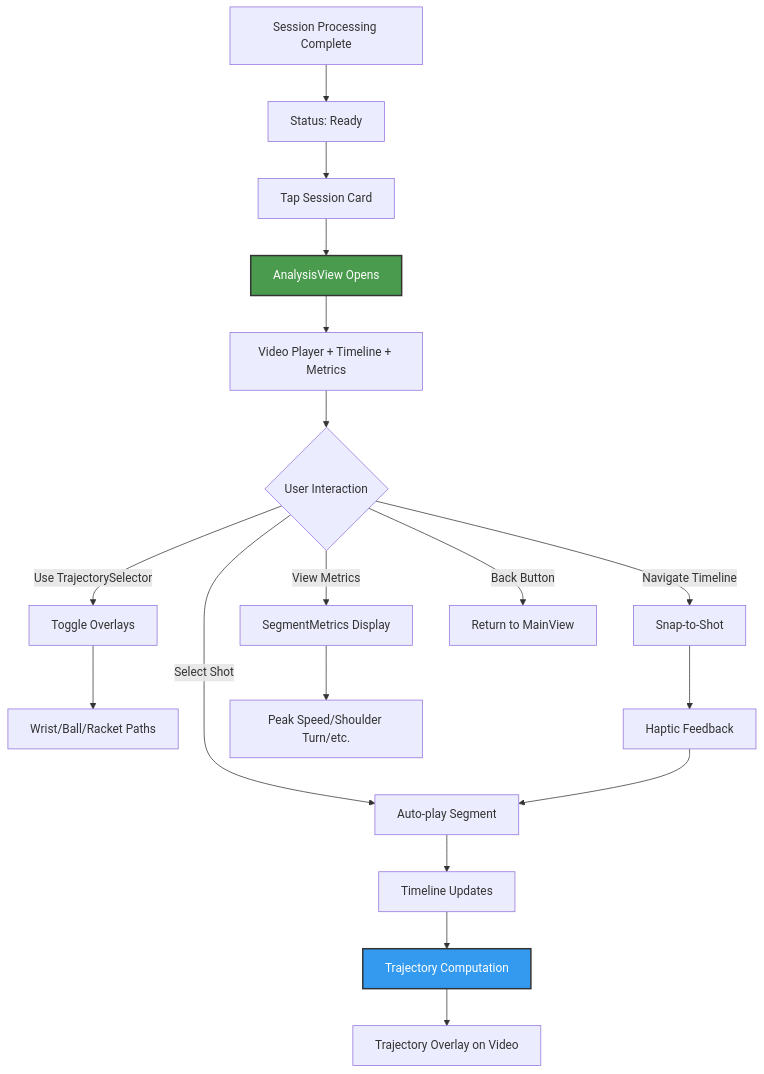
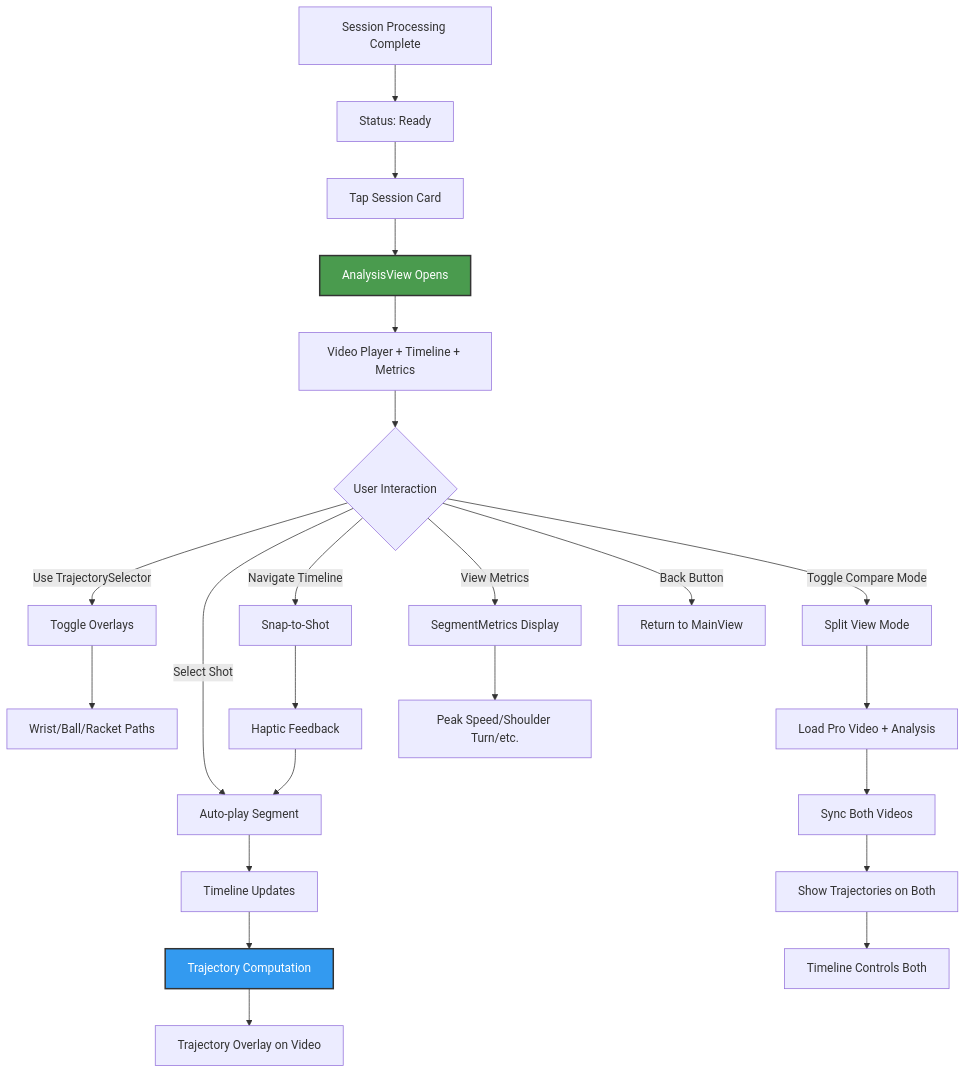
The fourth of 5 diagrams in docs/0.1 User Flow & UI Screens.md (victorzhrn/swingmaster), drawn with Mermaid before and after one commit. The commit also changed other lines of this file, not shown here.

First line of the commit message:
Enhance User Flow Documentation with Compare Mode Features

````diff
--- a/docs/0.1 User Flow & UI Screens.md
+++ b/docs/0.1 User Flow & UI Screens.md
@@ -343,23 +382,28 @@
 ```mermaid
 flowchart TD
     A[Session Processing Complete] --> B[Status: Ready]
     B --> C[Tap Session Card]
     C --> D[AnalysisView Opens]
     D --> E[Video Player + Timeline + Metrics]
     E --> F{User Interaction}
     F -->|Select Shot| G[Auto-play Segment]
     G --> H[Timeline Updates]
     H --> I[Trajectory Computation]
     I --> J[Trajectory Overlay on Video]
     F -->|Use TrajectorySelector| K[Toggle Overlays]
     K --> L[Wrist/Ball/Racket Paths]
+    F -->|Toggle Compare Mode| R[Split View Mode]
+    R --> S[Load Pro Video + Analysis]
+    S --> T[Sync Both Videos]
+    T --> U[Show Trajectories on Both]
+    U --> V[Timeline Controls Both]
     F -->|Navigate Timeline| M[Snap-to-Shot]
     M --> N[Haptic Feedback]
     N --> G
     F -->|View Metrics| O[SegmentMetrics Display]
     O --> P[Peak Speed/Shoulder Turn/etc.]
     F -->|Back Button| Q[Return to MainView]
     
     style D fill:#4A9B4E,stroke:#333,stroke-width:2px,color:#fff
     style I fill:#339af0,stroke:#333,stroke-width:2px,color:#fff
 ```
````
